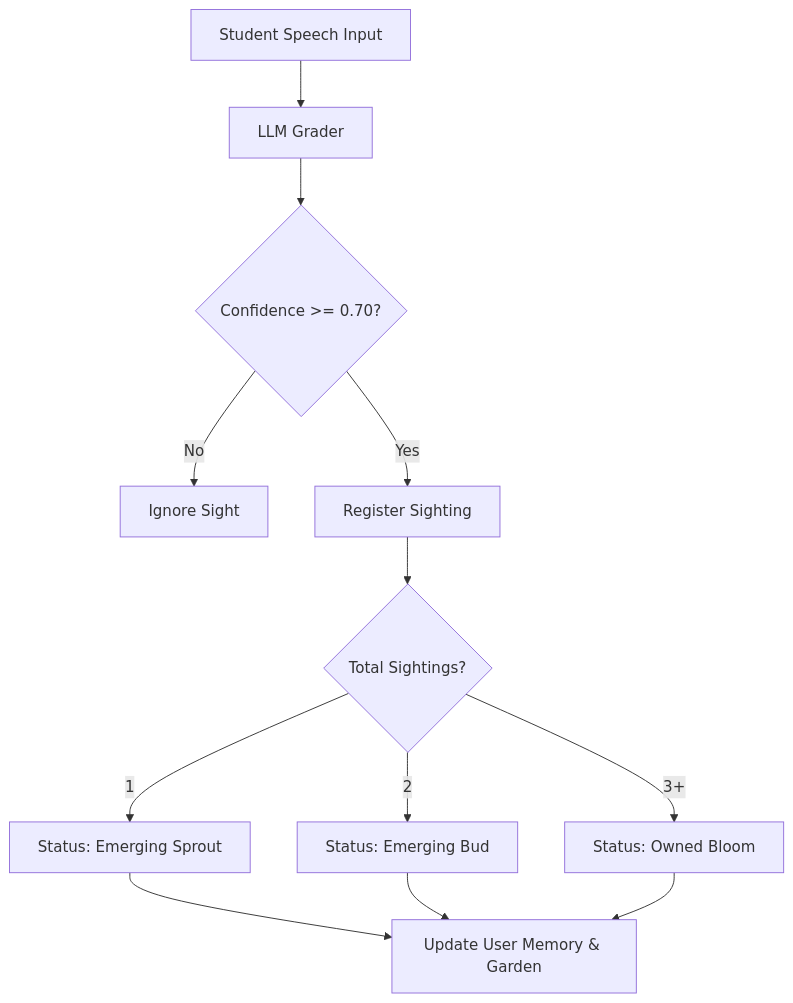
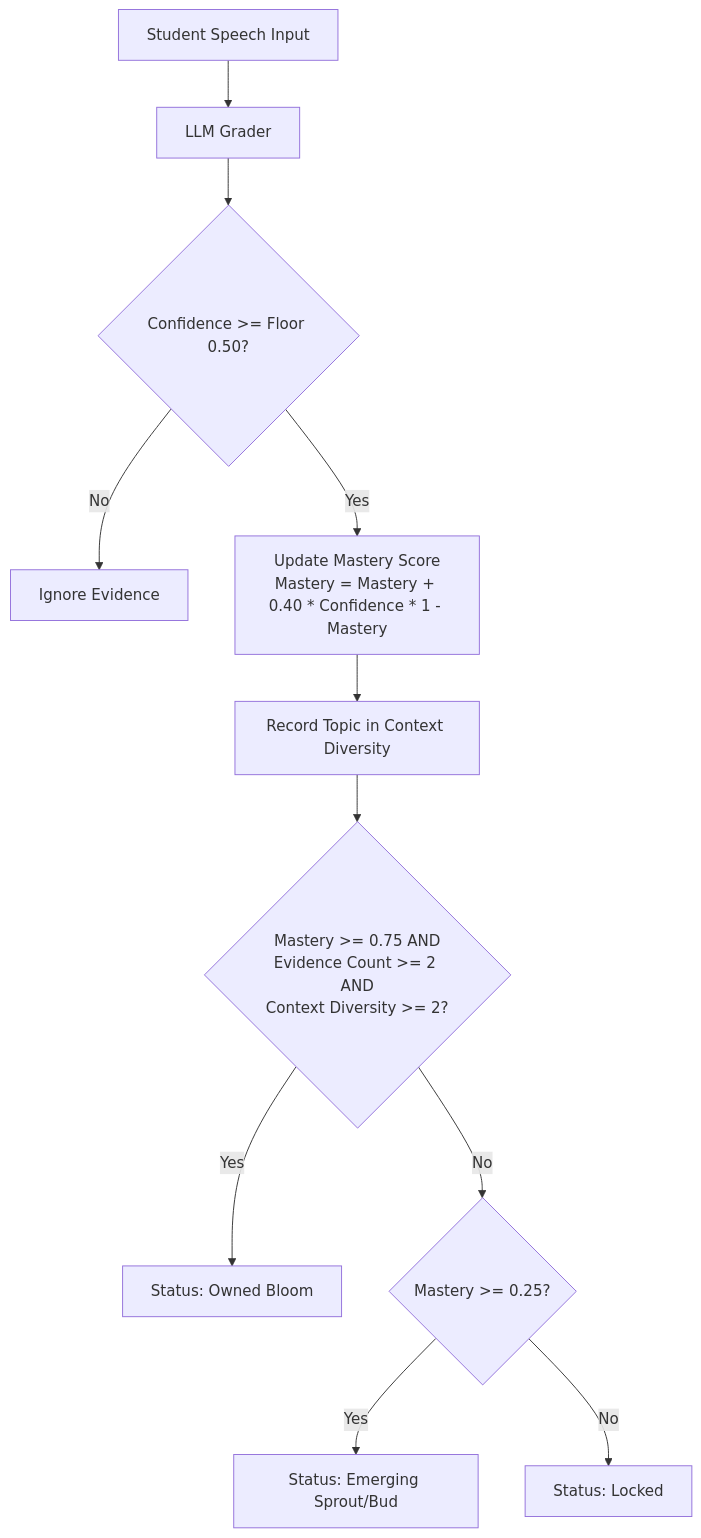
The first of 2 diagrams in docs/mintlify-src/learning-path-visualizer.mdx (anshika410/English_learning_flutter_app), drawn with Mermaid before and after one commit. The commit also changed other lines of this file, not shown here.

Commit message:
Update Non-Linear Learning page to reflect the new continuous mastery and priority target selector models

````diff
--- a/docs/mintlify-src/learning-path-visualizer.mdx
+++ b/docs/mintlify-src/learning-path-visualizer.mdx
@@ -26,14 +25,13 @@
 ```mermaid
 graph TD
     A[Student Speech Input] --> B[LLM Grader]
-    B --> C{Confidence >= 0.70?}
-    C -- No --> D[Ignore Sight]
-    C -- Yes --> E[Register Sighting]
-    E --> F{Total Sightings?}
-    F -- 1 --> G[Status: Emerging Sprout]
-    F -- 2 --> H[Status: Emerging Bud]
-    F -- 3+ --> I[Status: Owned Bloom]
-    G --> J[Update User Memory & Garden]
-    H --> J
-    I --> J
+    B --> C{Confidence >= Floor 0.50?}
+    C -- No --> D[Ignore Evidence]
+    C -- Yes --> E[Update Mastery Score<br>Mastery = Mastery + 0.40 * Confidence * 1 - Mastery]
+    E --> F[Record Topic in Context Diversity]
+    F --> G{Mastery >= 0.75 AND<br>Evidence Count >= 2 AND<br>Context Diversity >= 2?}
+    G -- Yes --> H[Status: Owned Bloom]
+    G -- No --> I{Mastery >= 0.25?}
+    I -- Yes --> J[Status: Emerging Sprout/Bud]
+    I -- No --> K[Status: Locked]
 ```
````
